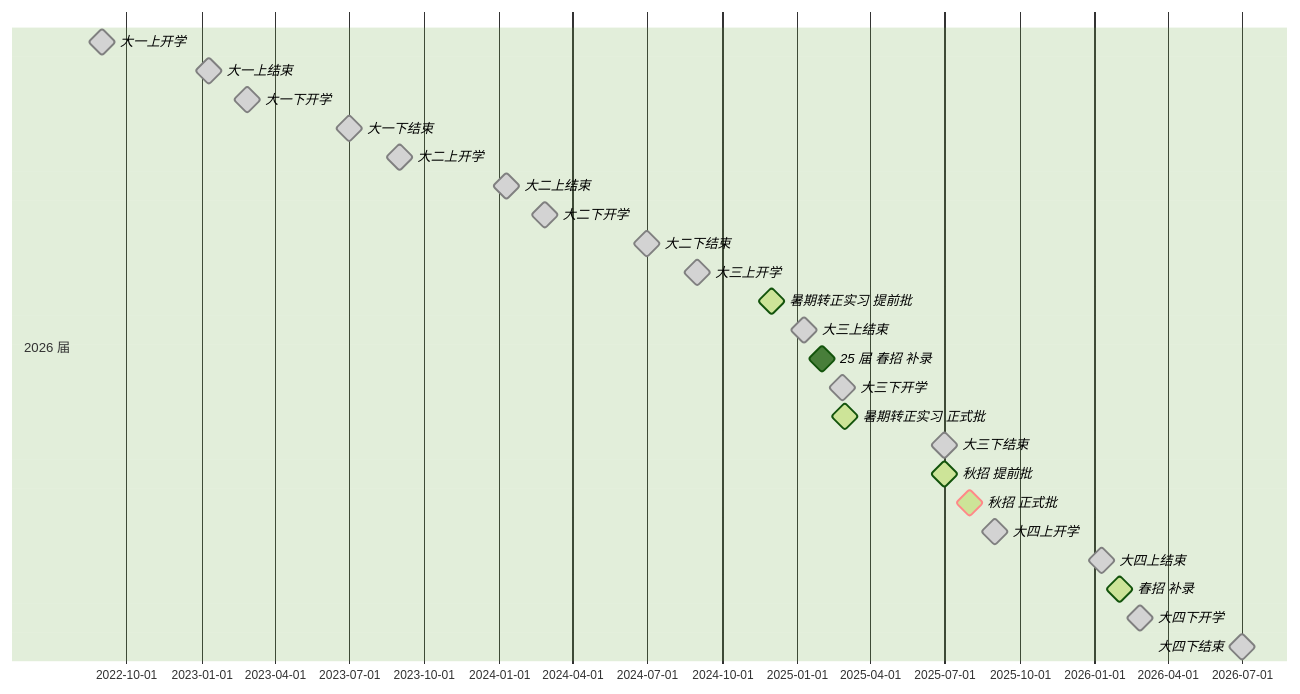
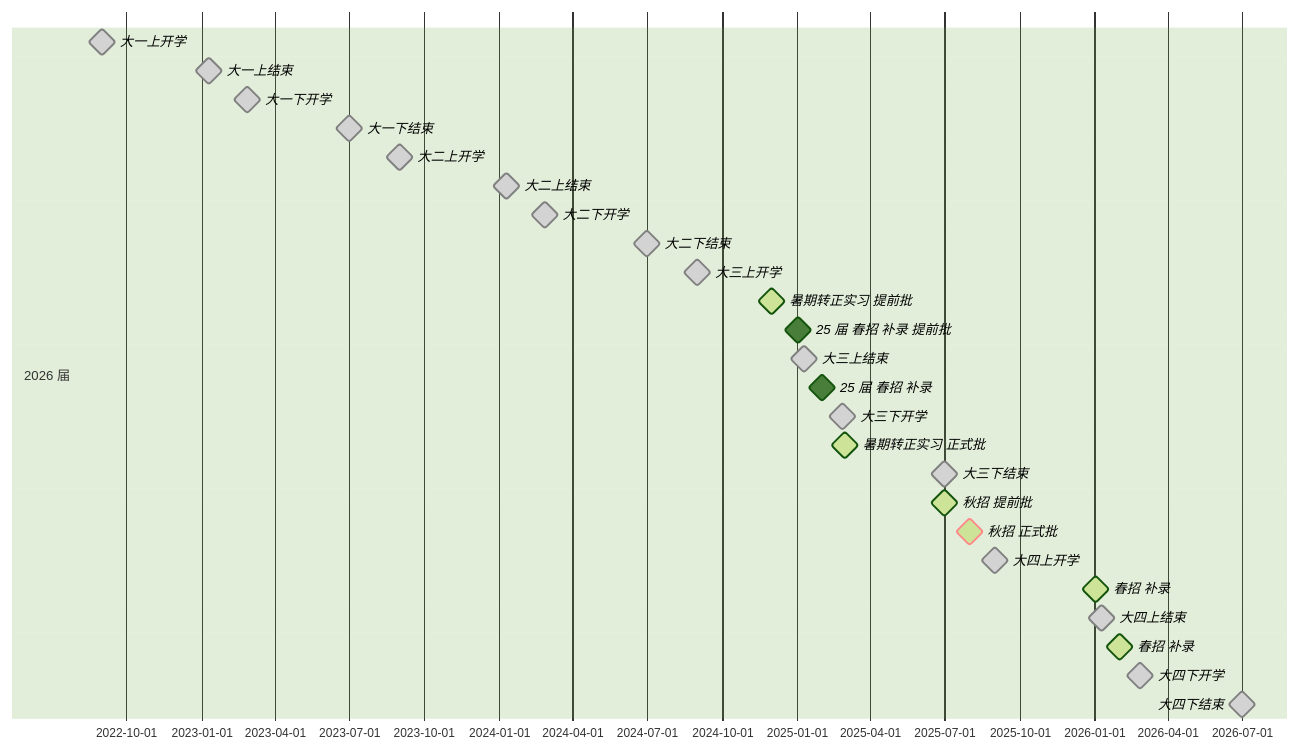
The third of 3 diagrams in 专题/【长线】实时关注招聘.md (james-curtis/public-diary), drawn with Mermaid (forest theme) before and after one commit. The commit also changed other lines of this file, not shown here.

````diff
--- a/专题/【长线】实时关注招聘.md
+++ b/专题/【长线】实时关注招聘.md
@@ -146,45 +158,50 @@
 ```mermaid
 gantt
     dateFormat  YYYY-MM-DD
 
     section 2026 届
     大一上开学      :milestone, done, 2022-09-01, 0d
 
     大一上结束      :milestone, done, 2023-01-10, 0d
     大一下开学      :milestone, done, 2023-02-26, 0d
     大一下结束      :milestone, done, 2023-07-01, 0d
     大二上开学      :milestone, done, 2023-09-01, 0d
 
     大二上结束      :milestone, done, 2024-01-10, 0d
     大二下开学      :milestone, done, 2024-02-26, 0d
     大二下结束      :milestone, done, 2024-07-01, 0d
     大三上开学      :milestone, done, 2024-09-01, 0d
 
     %% 招聘
     暑期转正实习 提前批 :milestone, active, 2024-12-01, 0d
     %% 招聘
 
+    %% 招聘
+    25 届 春招 补录 提前批    :milestone, 2025-01-02, 0d
+    %% 招聘
     大三上结束      :milestone, done, 2025-01-10, 0d
-    %% 招聘
     25 届 春招 补录    :milestone, 2025-02-01, 0d
     %% 招聘
     大三下开学      :milestone, done, 2025-02-26, 0d
     %% 招聘
     暑期转正实习 正式批 :milestone, active, 2025-03-01, 0d
     %% 招聘
     大三下结束      :milestone, done, 2025-07-01, 0d
     %% 招聘
     秋招 提前批     :milestone, active, 2025-07-01, 0d
     秋招 正式批     :milestone, active, crit, 2025-08-01, 0d
     %% 招聘
     大四上开学      :milestone, done, 2025-09-01, 0d
 
+    %% 招聘
+    春招 补录       :milestone, active, 2026-01-02, 0d
+    %% 招聘
     大四上结束      :milestone, done, 2026-01-10, 0d
     %% 招聘
     春招 补录       :milestone, active, 2026-02-01, 0d
     %% 招聘
     大四下开学      :milestone, done, 2026-02-26, 0d
     大四下结束      :milestone, done, 2026-07-01, 0d
 
     %% 其他
 ```
````
